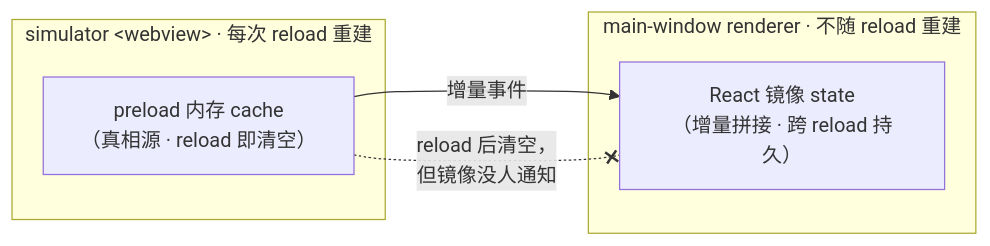
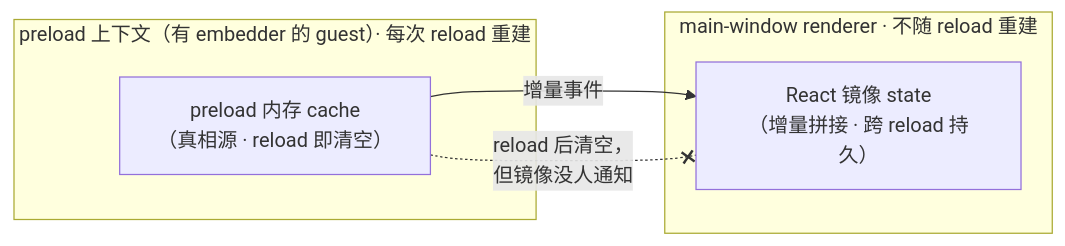
One commit to EchoTechFE/dimina-kit changed the first of 7 diagrams in packages/devtools/docs/miniapp-snapshot.md. Above: the diagram before and after it, drawn with Mermaid. The commit also changed other lines of this file and 253 other files, not shown here.

````diff
--- a/packages/devtools/docs/miniapp-snapshot.md
+++ b/packages/devtools/docs/miniapp-snapshot.md
@@ -19,11 +21,11 @@
 ```mermaid
 flowchart LR
-  subgraph SIM["simulator &lt;webview&gt; · 每次 reload 重建"]
+  subgraph SIM["preload 上下文（有 embedder 的 guest）· 每次 reload 重建"]
     CACHE["preload 内存 cache<br/>（真相源 · reload 即清空）"]
   end
   subgraph RENDERER["main-window renderer · 不随 reload 重建"]
     MIRROR["React 镜像 state<br/>（增量拼接 · 跨 reload 持久）"]
   end
   CACHE -- "增量事件" --> MIRROR
   CACHE -. "reload 后清空，<br/>但镜像没人通知" .-x MIRROR
 ```
````
